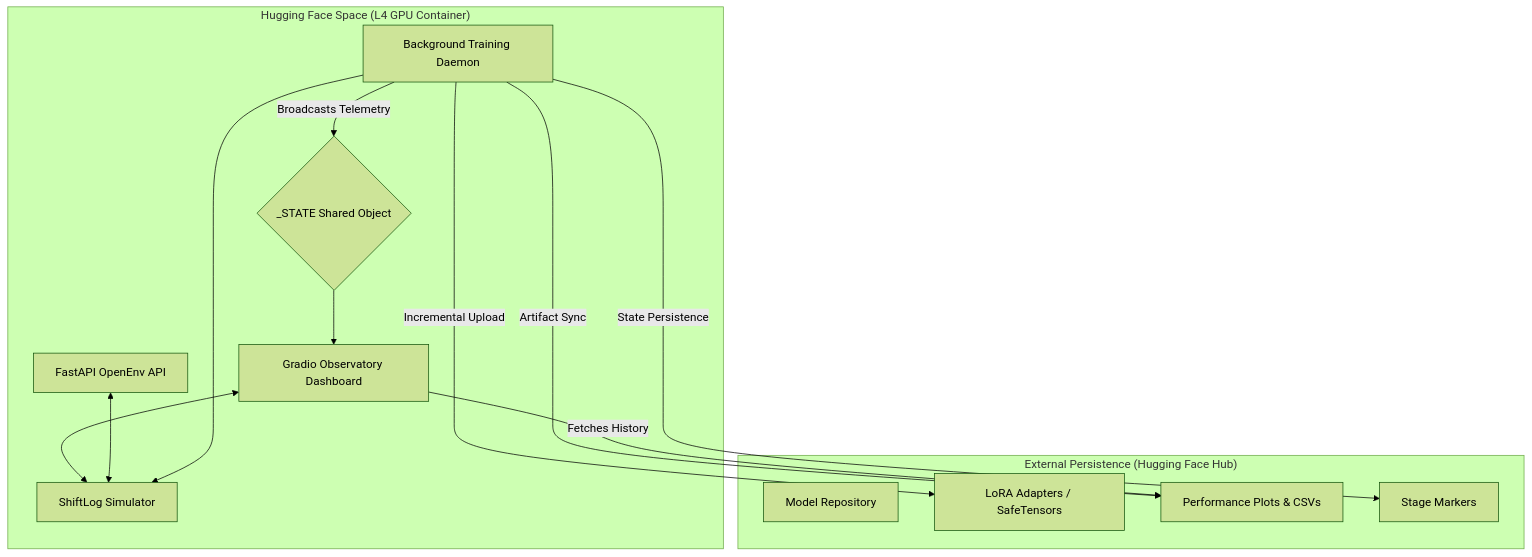
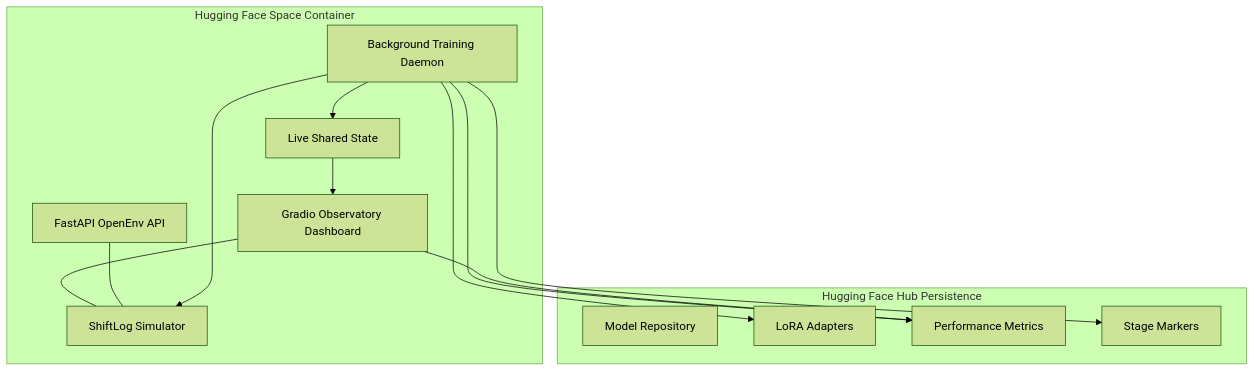
One commit to Chirag0096/ShiftLog-Gym changed the diagram in README.md. Above: the diagram before and after it, drawn with Mermaid (forest theme).

Commit message:
fix: simplify Mermaid syntax in README to ensure rendering across platforms

````diff
--- a/README.md
+++ b/README.md
@@ -57,27 +57,27 @@
 ```mermaid
 graph TD
-    subgraph "Hugging Face Space (L4 GPU Container)"
+    subgraph Space [Hugging Face Space Container]
         UI[Gradio Observatory Dashboard]
         API[FastAPI OpenEnv API]
         Daemon[Background Training Daemon]
         Sim[ShiftLog Simulator]
         
-        UI <--> Sim
-        API <--> Sim
+        UI --- Sim
+        API --- Sim
         Daemon --> Sim
-        Daemon -- "Broadcasts Telemetry" --> SharedState{_STATE Shared Object}
+        Daemon --> SharedState[Live Shared State]
         SharedState --> UI
     end
     
-    subgraph "External Persistence (Hugging Face Hub)"
+    subgraph Hub [Hugging Face Hub Persistence]
         Repo[Model Repository]
-        Weights[LoRA Adapters / SafeTensors]
-        Metrics[Performance Plots & CSVs]
+        Weights[LoRA Adapters]
+        Metrics[Performance Metrics]
         Stages[Stage Markers]
     end
     
-    Daemon -- "Incremental Upload" --> Weights
-    Daemon -- "Artifact Sync" --> Metrics
-    Daemon -- "State Persistence" --> Stages
-    UI -- "Fetches History" --> Metrics
+    Daemon --> Weights
+    Daemon --> Metrics
+    Daemon --> Stages
+    UI --> Metrics
 ```
````
